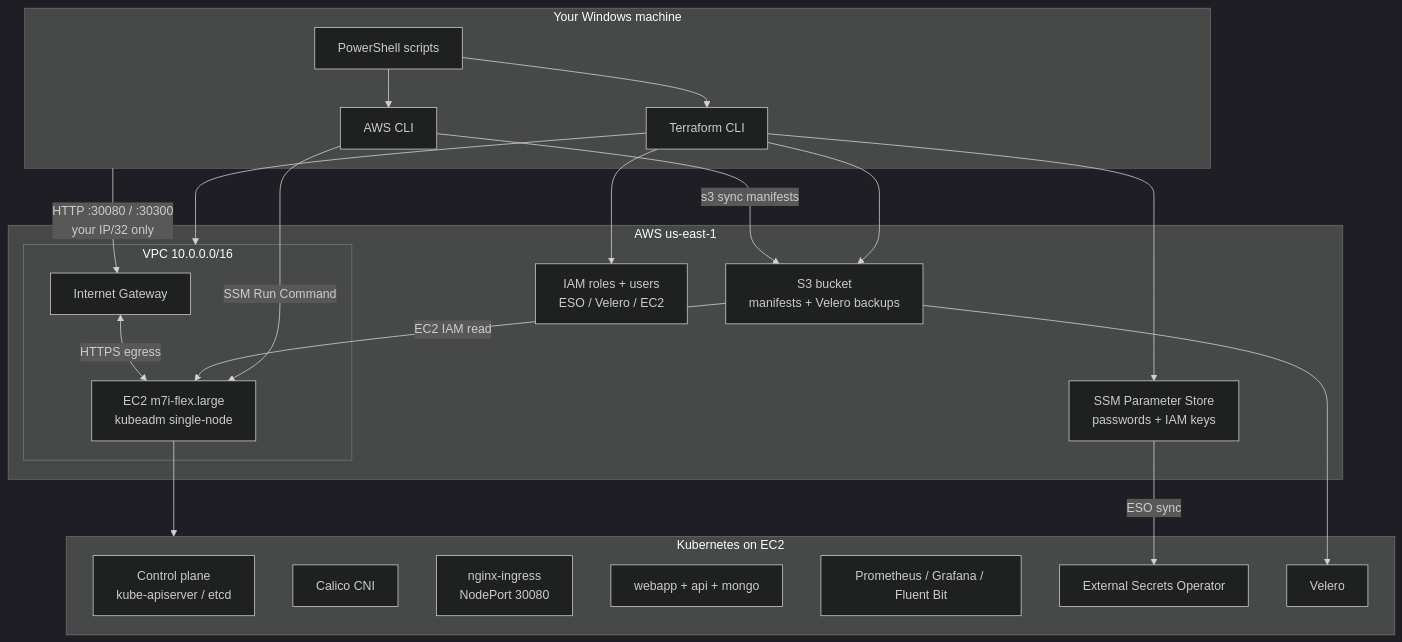
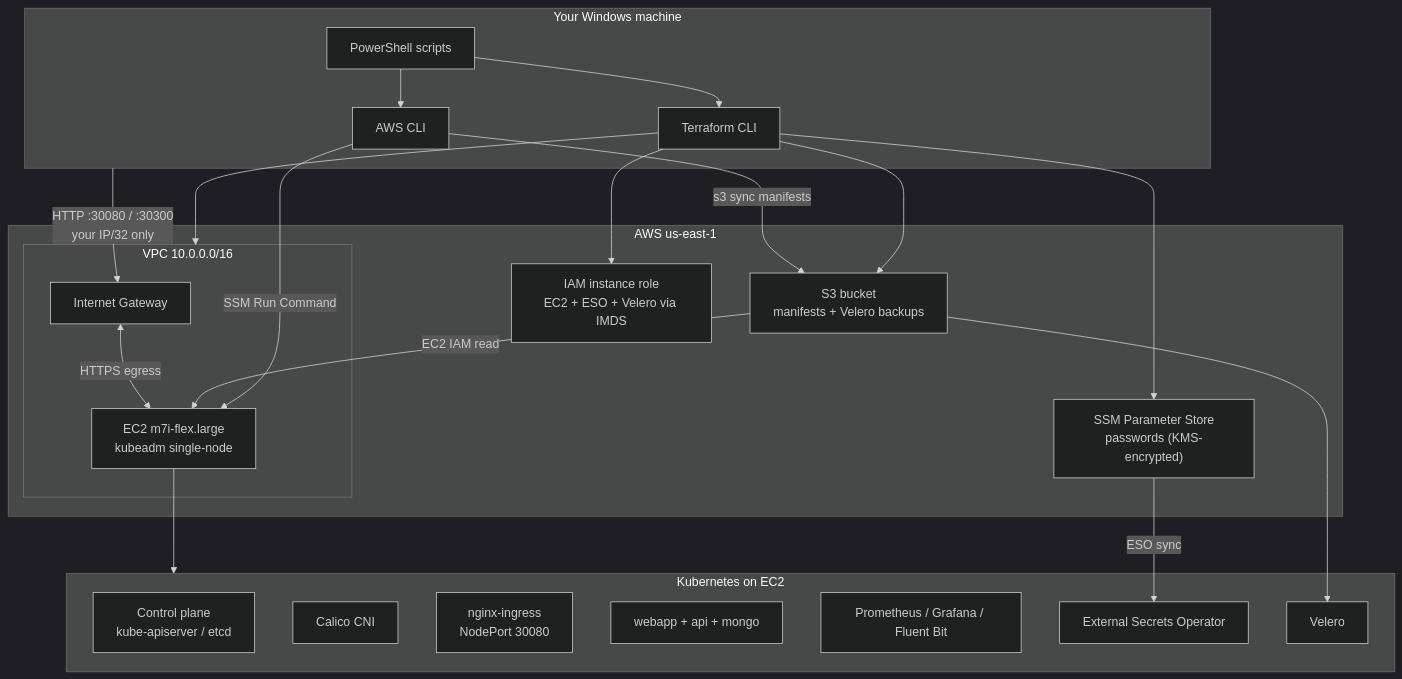
The second of 6 diagrams in README.md (sanjeev0120test/k8AWS), drawn with Mermaid (dark theme) before and after one commit. The commit also changed other lines of this file and 5 other files, not shown here.

````diff
--- a/README.md
+++ b/README.md
@@ -477,43 +477,43 @@
 ```mermaid
 flowchart TB
     subgraph LOCAL["Your Windows machine"]
         PS["PowerShell scripts"]
         TF["Terraform CLI"]
         AWSCLI["AWS CLI"]
     end
 
     subgraph AWS["AWS us-east-1"]
         subgraph NET["VPC 10.0.0.0/16"]
             IGW["Internet Gateway"]
             EC2["EC2 m7i-flex.large<br/>kubeadm single-node"]
         end
-        SSM["SSM Parameter Store<br/>passwords + IAM keys"]
+        SSM["SSM Parameter Store<br/>passwords (KMS-encrypted)"]
         S3["S3 bucket<br/>manifests + Velero backups"]
-        IAM["IAM roles + users<br/>ESO / Velero / EC2"]
+        IAM["IAM instance role<br/>EC2 + ESO + Velero via IMDS"]
     end
 
     subgraph K8S["Kubernetes on EC2"]
         CP["Control plane<br/>kube-apiserver / etcd"]
         CNI["Calico CNI"]
         ING["nginx-ingress<br/>NodePort 30080"]
         APP["webapp + api + mongo"]
         OBS["Prometheus / Grafana / Fluent Bit"]
         ESO["External Secrets Operator"]
         VEL["Velero"]
     end
 
     PS --> TF
     PS --> AWSCLI
     TF --> NET
     TF --> SSM
     TF --> S3
     TF --> IAM
     AWSCLI -->|"SSM Run Command"| EC2
     AWSCLI -->|"s3 sync manifests"| S3
     EC2 --> K8S
     S3 -->|"EC2 IAM read"| EC2
     SSM -->|"ESO sync"| ESO
     S3 --> VEL
     IGW <-->|"HTTPS egress"| EC2
     LOCAL -->|"HTTP :30080 / :30300<br/>your IP/32 only"| IGW
 ```
````
